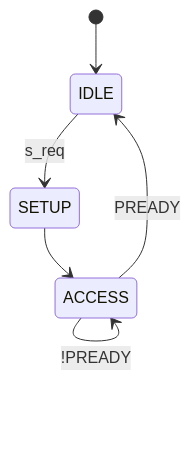
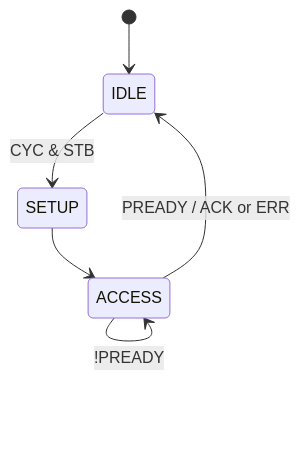
Before and after one commit to danhle396/doanthietke: the diagram in docs/diagrams/apb_fsm.mmd, drawn with Mermaid. The commit also changed 228 other files, not shown here.

```diff
--- a/docs/diagrams/apb_fsm.mmd
+++ b/docs/diagrams/apb_fsm.mmd
@@ -1,6 +1,6 @@
 stateDiagram-v2
   [*] --> IDLE
-  IDLE --> SETUP: s_req
+  IDLE --> SETUP: CYC & STB
   SETUP --> ACCESS
   ACCESS --> ACCESS: !PREADY
-  ACCESS --> IDLE: PREADY
+  ACCESS --> IDLE: PREADY / ACK or ERR
```
